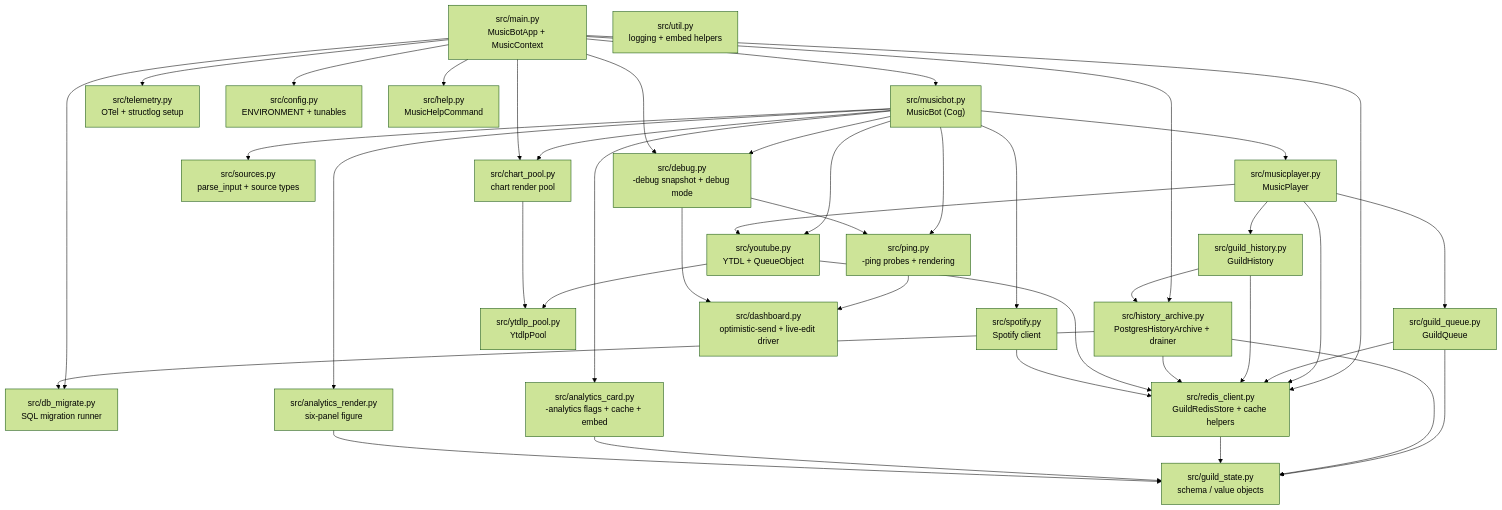
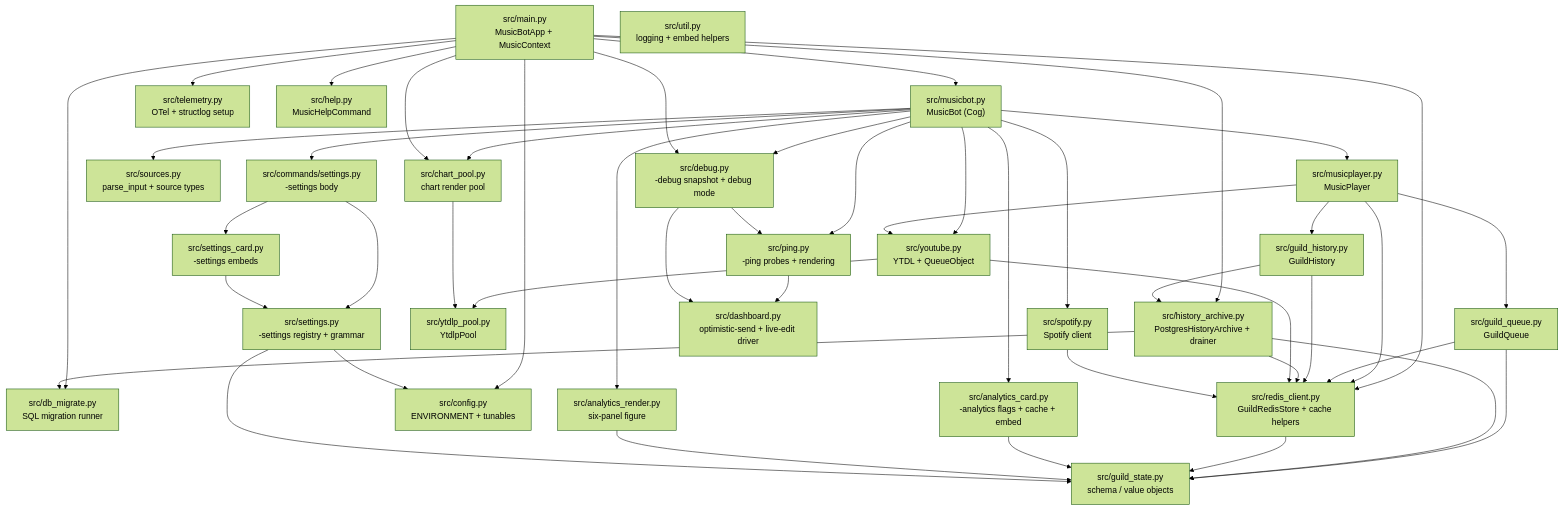
The third of 15 diagrams in docs/ARCHITECTURE.md (kawadeomkar/discord-music-bot), drawn with Mermaid (forest theme) before and after one commit. The commit also changed other lines of this file and 7 other files, not shown here.

````diff
--- a/docs/ARCHITECTURE.md
+++ b/docs/ARCHITECTURE.md
@@ -165,66 +166,75 @@
 ```mermaid
 graph TD
     main["src/main.py\nMusicBotApp + MusicContext"]
     musicbot["src/musicbot.py\nMusicBot (Cog)"]
     musicplayer["src/musicplayer.py\nMusicPlayer"]
     guild_queue["src/guild_queue.py\nGuildQueue"]
     guild_history["src/guild_history.py\nGuildHistory"]
     guild_state["src/guild_state.py\nschema / value objects"]
     history_archive["src/history_archive.py\nPostgresHistoryArchive + drainer"]
     db["src/db_migrate.py\nSQL migration runner"]
     youtube["src/youtube.py\nYTDL + QueueObject"]
     ytdlp_pool["src/ytdlp_pool.py\nYtdlpPool"]
     sources["src/sources.py\nparse_input + source types"]
     spotify["src/spotify.py\nSpotify client"]
     redis_client["src/redis_client.py\nGuildRedisStore + cache helpers"]
     telemetry["src/telemetry.py\nOTel + structlog setup"]
     config["src/config.py\nENVIRONMENT + tunables"]
+    settings_mod["src/settings.py\n-settings registry + grammar"]
+    settings_cmd["src/commands/settings.py\n-settings body"]
+    settings_card["src/settings_card.py\n-settings embeds"]
     help_cmd["src/help.py\nMusicHelpCommand"]
     dashboard["src/dashboard.py\noptimistic-send + live-edit driver"]
     ping["src/ping.py\n-ping probes + rendering"]
     debug_mod["src/debug.py\n-debug snapshot + debug mode"]
     analytics_card["src/analytics_card.py\n-analytics flags + cache + embed"]
     analytics_render["src/analytics_render.py\nsix-panel figure"]
     chart_pool["src/chart_pool.py\nchart render pool"]
     util["src/util.py\nlogging + embed helpers"]
 
     main --> musicbot
     main --> redis_client
     main --> telemetry
     main --> config
     main --> help_cmd
     main --> db
     main --> history_archive
     musicbot --> musicplayer
     musicbot --> ping
     musicbot --> debug_mod
     ping --> dashboard
     debug_mod --> dashboard
     debug_mod --> ping
     main --> debug_mod
     musicbot --> sources
     musicbot --> spotify
     musicbot --> youtube
     musicplayer --> guild_queue
     musicplayer --> guild_history
     musicplayer --> youtube
     musicplayer --> redis_client
     guild_queue --> guild_state
     guild_queue --> redis_client
     guild_history --> redis_client
     guild_history --> history_archive
     history_archive --> db
     history_archive --> guild_state
     history_archive --> redis_client
     redis_client --> guild_state
     youtube --> redis_client
     youtube --> ytdlp_pool
     musicbot --> analytics_card
     musicbot --> analytics_render
     musicbot --> chart_pool
     analytics_card --> guild_state
     analytics_render --> guild_state
     chart_pool --> ytdlp_pool
     main --> chart_pool
     spotify --> redis_client
+    settings_mod --> config
+    settings_mod --> guild_state
+    musicbot --> settings_cmd
+    settings_cmd --> settings_mod
+    settings_cmd --> settings_card
+    settings_card --> settings_mod
 ```
````
